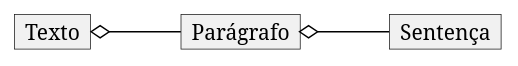
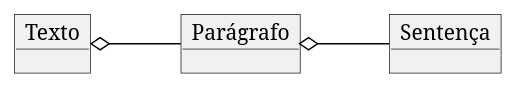
Before and after one commit to kyriosdata/oo: the diagram in imagens/modelos-01/imagem-04/mod01ima04.plantuml, drawn with PlantUML.

```diff
--- a/imagens/modelos-01/imagem-04/mod01ima04.plantuml
+++ b/imagens/modelos-01/imagem-04/mod01ima04.plantuml
@@ -1,20 +1,18 @@
 @startuml mod01ima04
 
-hide circle
-hide methods
-hide empty members
+
 
 skinparam class {
     BackgroundColor White
     ArrowColor Black
     BorderColor #505050
 }
 
-skinparam nodesep 5
+
 object "Texto" as o1
 object "Parágrafo" as o2
 object "Sentença" as o3
 left to right direction
 o1 o-- o2 
 o2 o-- o3
 @enduml
```
